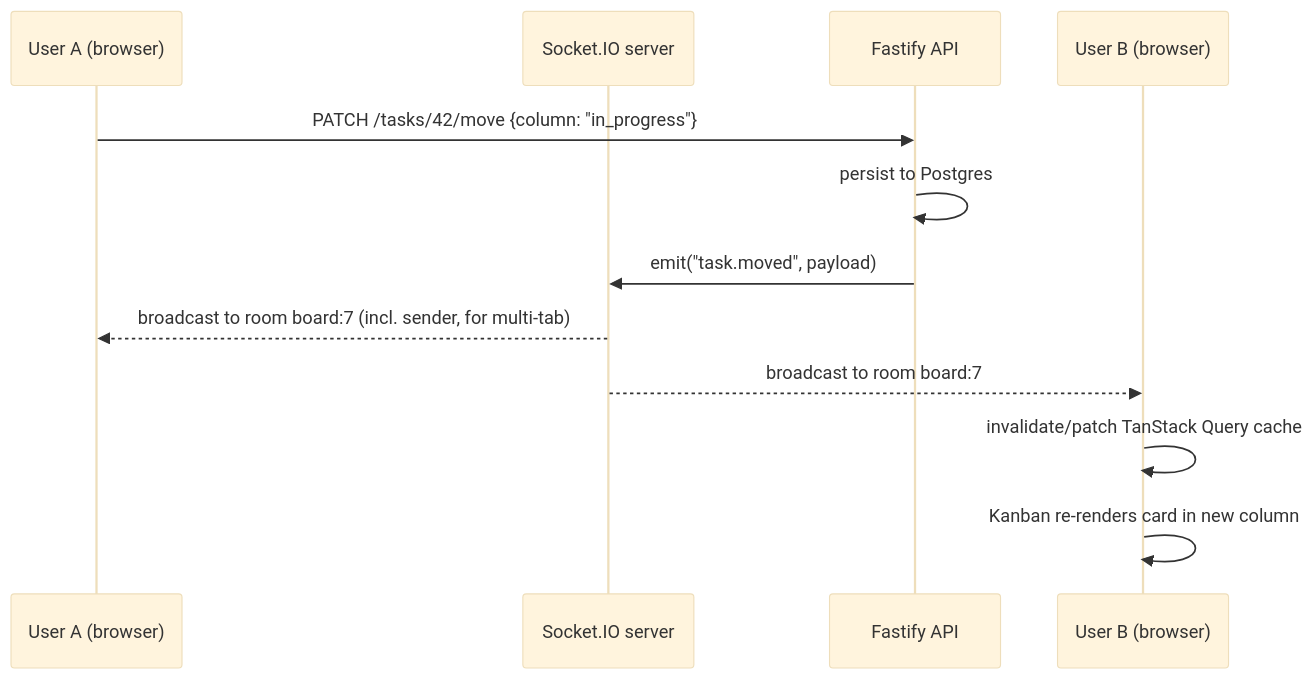
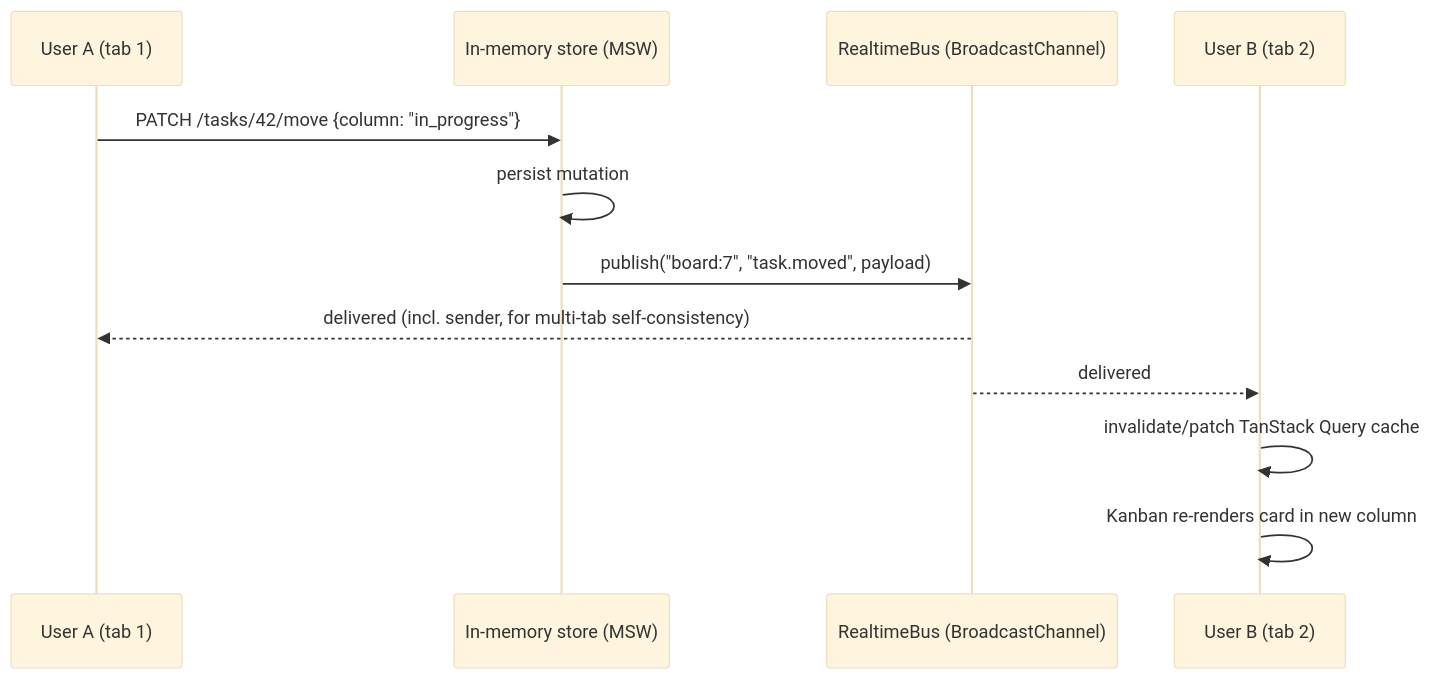
Before and after one commit to Shubhek-sha/finaltask: the sixth of 6 diagrams in ARCHITECTURE.md, drawn with Mermaid (base theme). The commit also changed other lines of this file and 7 other files, not shown here.

````diff
--- a/ARCHITECTURE.md
+++ b/ARCHITECTURE.md
@@ -355,15 +364,15 @@
 ```mermaid
 sequenceDiagram
-    participant A as User A (browser)
-    participant S as Socket.IO server
-    participant API as Fastify API
-    participant B as User B (browser)
+    participant A as User A (tab 1)
+    participant Store as In-memory store (MSW)
+    participant Bus as RealtimeBus (BroadcastChannel)
+    participant B as User B (tab 2)
 
-    A->>API: PATCH /tasks/42/move {column: "in_progress"}
-    API->>API: persist to Postgres
-    API->>S: emit("task.moved", payload)
-    S-->>A: broadcast to room board:7 (incl. sender, for multi-tab)
-    S-->>B: broadcast to room board:7
+    A->>Store: PATCH /tasks/42/move {column: "in_progress"}
+    Store->>Store: persist mutation
+    Store->>Bus: publish("board:7", "task.moved", payload)
+    Bus-->>A: delivered (incl. sender, for multi-tab self-consistency)
+    Bus-->>B: delivered
     B->>B: invalidate/patch TanStack Query cache
     B->>B: Kanban re-renders card in new column
 ```
````
